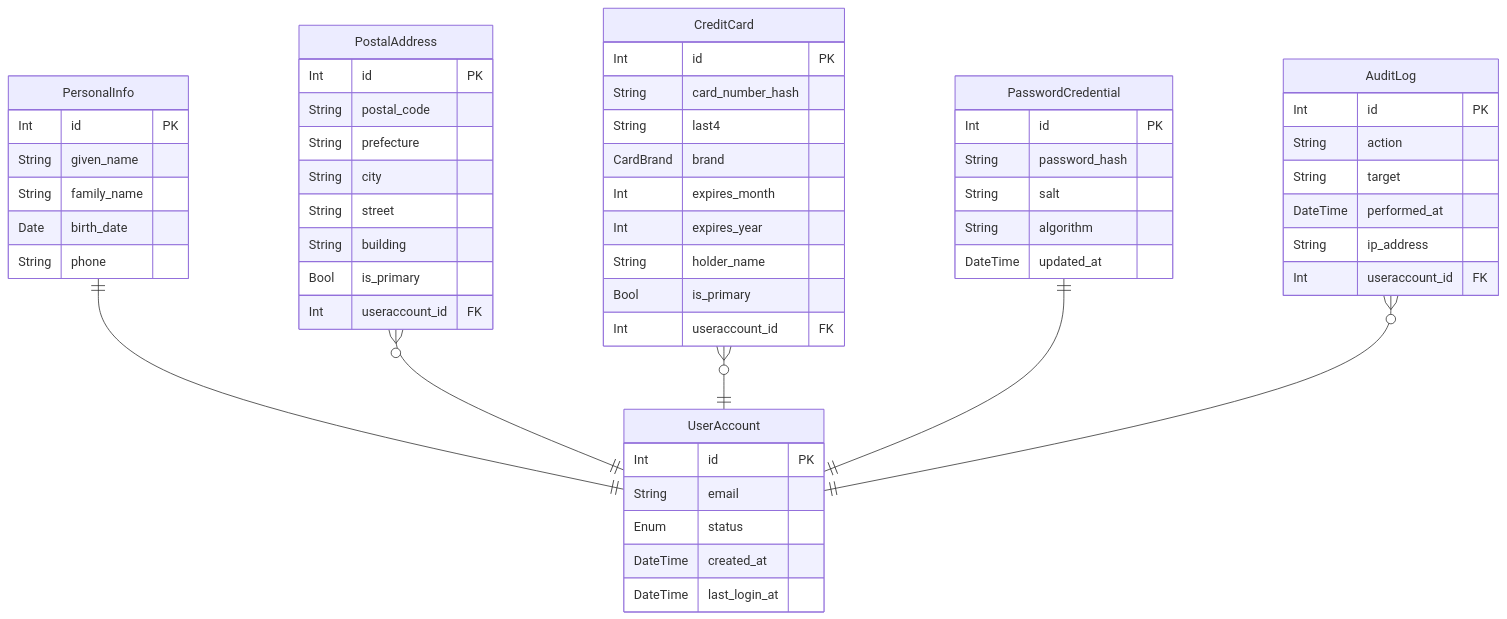
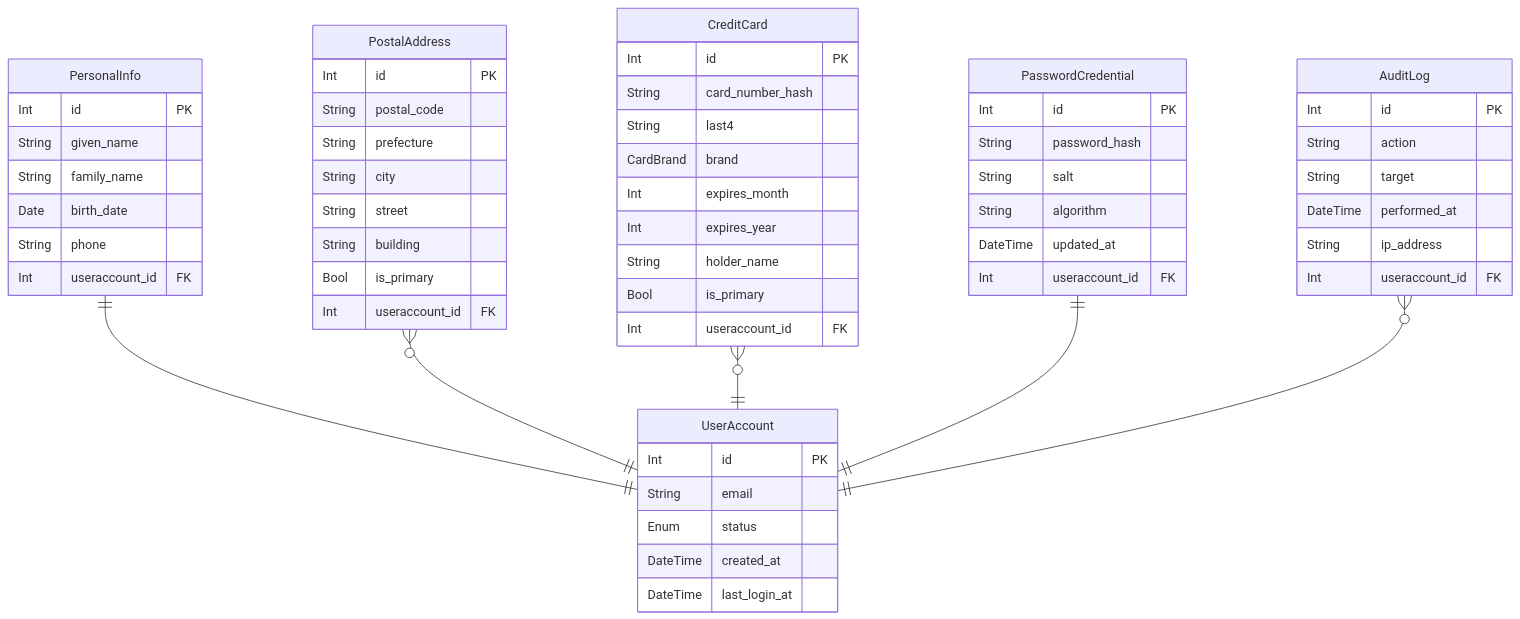
One commit to manji-0/rdra-ish-dsl changed the diagram in samples/personal-info/out/er.mmd. Above: the diagram before and after it, drawn with Mermaid. The commit also changed 11 other files, not shown here.

```diff
--- a/samples/personal-info/out/er.mmd
+++ b/samples/personal-info/out/er.mmd
@@ -1,56 +1,58 @@
 erDiagram
   AuditLog {
     Int id PK
     String action
     String target
     DateTime performed_at
     String ip_address
     Int useraccount_id FK
   }
   CreditCard {
     Int id PK
     String card_number_hash
     String last4
     CardBrand brand
     Int expires_month
     Int expires_year
     String holder_name
     Bool is_primary
     Int useraccount_id FK
   }
   PasswordCredential {
     Int id PK
     String password_hash
     String salt
     String algorithm
     DateTime updated_at
+    Int useraccount_id FK
   }
   PersonalInfo {
     Int id PK
     String given_name
     String family_name
     Date birth_date
     String phone
+    Int useraccount_id FK
   }
   PostalAddress {
     Int id PK
     String postal_code
     String prefecture
     String city
     String street
     String building
     Bool is_primary
     Int useraccount_id FK
   }
   UserAccount {
     Int id PK
     String email
     Enum status
     DateTime created_at
     DateTime last_login_at
   }
   PersonalInfo ||--|| UserAccount : ""
   PostalAddress }o--|| UserAccount : ""
   CreditCard }o--|| UserAccount : ""
   PasswordCredential ||--|| UserAccount : ""
   AuditLog }o--|| UserAccount : ""
```
